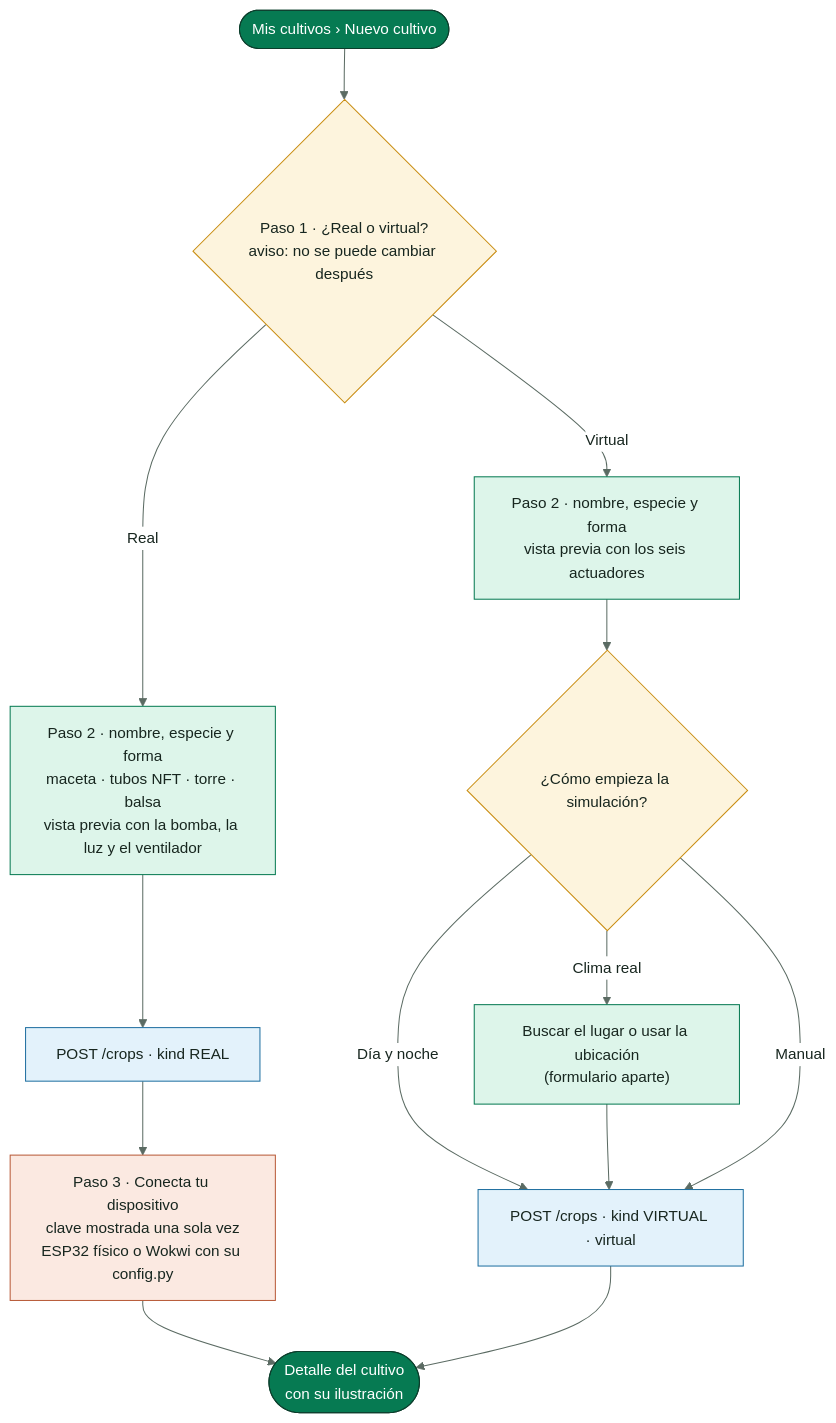
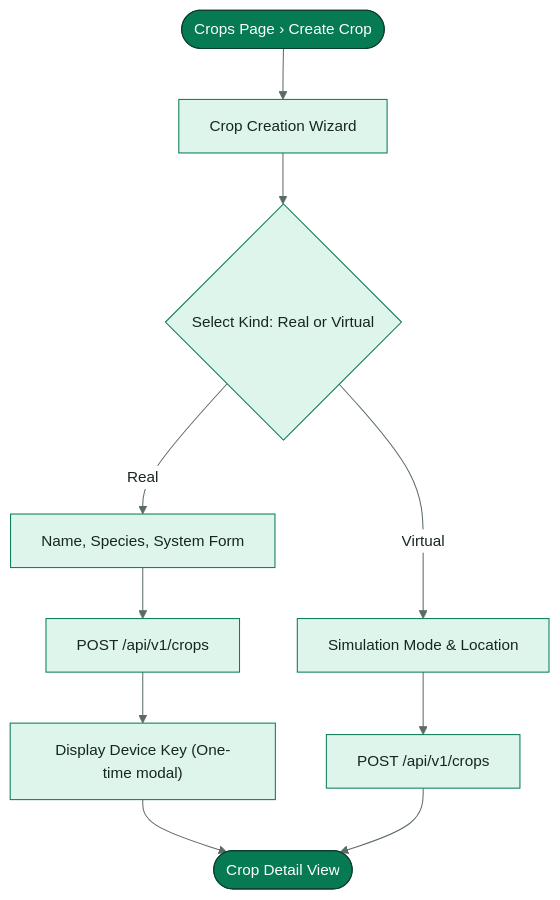
One commit to SmartPotTech/SmartPot-Web-React changed the second of 4 diagrams in docs/SmartPot_Web_Documentation.md. Above: the diagram before and after it, drawn with Mermaid. The commit also changed other lines of this file and 15 other files, not shown here.

Commit message:
docs(specs): standardize legacy english documentation, notices, diagrams, and manuals

````diff
--- a/docs/SmartPot_Web_Documentation.md
+++ b/docs/SmartPot_Web_Documentation.md
@@ -102,27 +81,15 @@
 ```mermaid
 %%{init: {"theme": "base", "fontFamily": "Segoe UI, Arial, sans-serif", "themeVariables": {"fontFamily": "Segoe UI, Arial, sans-serif", "fontSize": "15px", "primaryColor": "#DDF5EA", "primaryTextColor": "#17261F", "primaryBorderColor": "#067A52", "secondaryColor": "#E3F2FB", "secondaryTextColor": "#17261F", "secondaryBorderColor": "#1F6FA0", "tertiaryColor": "#F2F7F4", "tertiaryTextColor": "#17261F", "tertiaryBorderColor": "#D5E3DC", "lineColor": "#5B6B63", "textColor": "#17261F", "mainBkg": "#DDF5EA", "nodeBorder": "#067A52", "clusterBkg": "#F7FAF8", "clusterBorder": "#D5E3DC", "edgeLabelBackground": "#FFFFFF", "actorBkg": "#067A52", "actorBorder": "#0B3D2B", "actorTextColor": "#FFFFFF", "actorLineColor": "#5B6B63", "signalColor": "#17261F", "signalTextColor": "#17261F", "labelBoxBkgColor": "#0B3D2B", "labelBoxBorderColor": "#0B3D2B", "labelTextColor": "#FFFFFF", "loopTextColor": "#0B3D2B", "noteBkgColor": "#FDF4DD", "noteBorderColor": "#C98D12", "noteTextColor": "#17261F", "activationBkgColor": "#DDF5EA", "activationBorderColor": "#067A52", "attributeBackgroundColorOdd": "#FFFFFF", "attributeBackgroundColorEven": "#F2F7F4"}}}%%
 flowchart TB
-  start(["Mis cultivos › Nuevo cultivo"]) --> kind{"Paso 1 · ¿Real o virtual?<br/>aviso: no se puede cambiar después"}
-  kind -->|"Real"| details["Paso 2 · nombre, especie y forma<br/>maceta · tubos NFT · torre · balsa<br/>vista previa con la bomba, la luz y el ventilador"]
-  kind -->|"Virtual"| detailsv["Paso 2 · nombre, especie y forma<br/>vista previa con los seis actuadores"]
-  detailsv --> mode{"¿Cómo empieza la simulación?"}
-  mode -->|"Día y noche"| postv
-  mode -->|"Clima real"| place["Buscar el lugar o usar la ubicación<br/>(formulario aparte)"] --> postv
-  mode -->|"Manual"| postv["POST /crops · kind VIRTUAL · virtual"]
-  details --> post["POST /crops · kind REAL"]
-  post --> guide["Paso 3 · Conecta tu dispositivo<br/>clave mostrada una sola vez<br/>ESP32 físico o Wokwi con su config.py"]
-  guide --> live(["Detalle del cultivo<br/>con su ilustración"])
-  postv --> live
+  start(["Crops Page › Create Crop"]) --> modal["Crop Creation Wizard"]
+  modal --> kind{"Select Kind: Real or Virtual"}
+  kind -->|"Real"| realForm["Name, Species, System Form"] --> postReal["POST /api/v1/crops"]
+  kind -->|"Virtual"| virtForm["Simulation Mode & Location"] --> postVirt["POST /api/v1/crops"]
+  postReal --> showKey["Display Device Key (One-time modal)"]
+  showKey --> detail(["Crop Detail View"])
+  postVirt --> detail
+  classDef core fill:#067A52,stroke:#0B3D2B,color:#FFFFFF
   classDef leaf fill:#DDF5EA,stroke:#067A52,color:#17261F
-  classDef water fill:#E3F2FB,stroke:#1F6FA0,color:#17261F
-  classDef sun fill:#FDF4DD,stroke:#C98D12,color:#17261F
-  classDef clay fill:#FBE9E1,stroke:#B85A38,color:#17261F
-  classDef core fill:#067A52,stroke:#0B3D2B,color:#FFFFFF
-  classDef deep fill:#0B3D2B,stroke:#06281C,color:#FFFFFF
-  classDef muted fill:#F2F7F4,stroke:#5B6B63,color:#17261F
-  class start,live core
-  class kind,mode sun
-  class details,detailsv,place leaf
-  class post,postv water
-  class guide clay
+  class start,detail core
+  class modal,kind,realForm,virtForm,postReal,postVirt,showKey leaf
 ```
````
